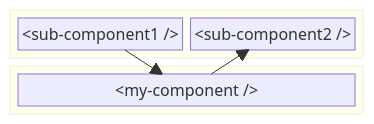
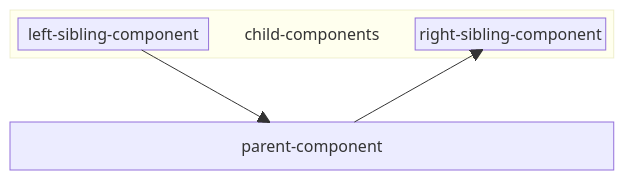
Before and after one commit to HU-SD-S3/s3-kennisbank: the third of 3 diagrams in data-exchange/attributes-based-communication.md, drawn with Mermaid. The commit also changed other lines of this file, not shown here.

````diff
--- a/data-exchange/attributes-based-communication.md
+++ b/data-exchange/attributes-based-communication.md
@@ -143,16 +170,16 @@
 ```mermaid
 block-beta
+columns 1
 
-columns 1
-block:SUBCOMPONENT
-  columns 2
-  SUBCOMPONENT1["&lt;sub-component1 />"]
-  SUBCOMPONENT2["&lt;sub-component2 />"]
-end
-block:component
-  COMPONENT["&lt;my-component />"]
-end
+block:C["child-components"]
+  columns 3
+    A["left-sibling-component"]
+    space
+    B["right-sibling-component"]
+  end
+space
+P["parent-component"]
 
-SUBCOMPONENT1 --> COMPONENT
-COMPONENT --> SUBCOMPONENT2
+A --> P
+P --> B
 ```
````
